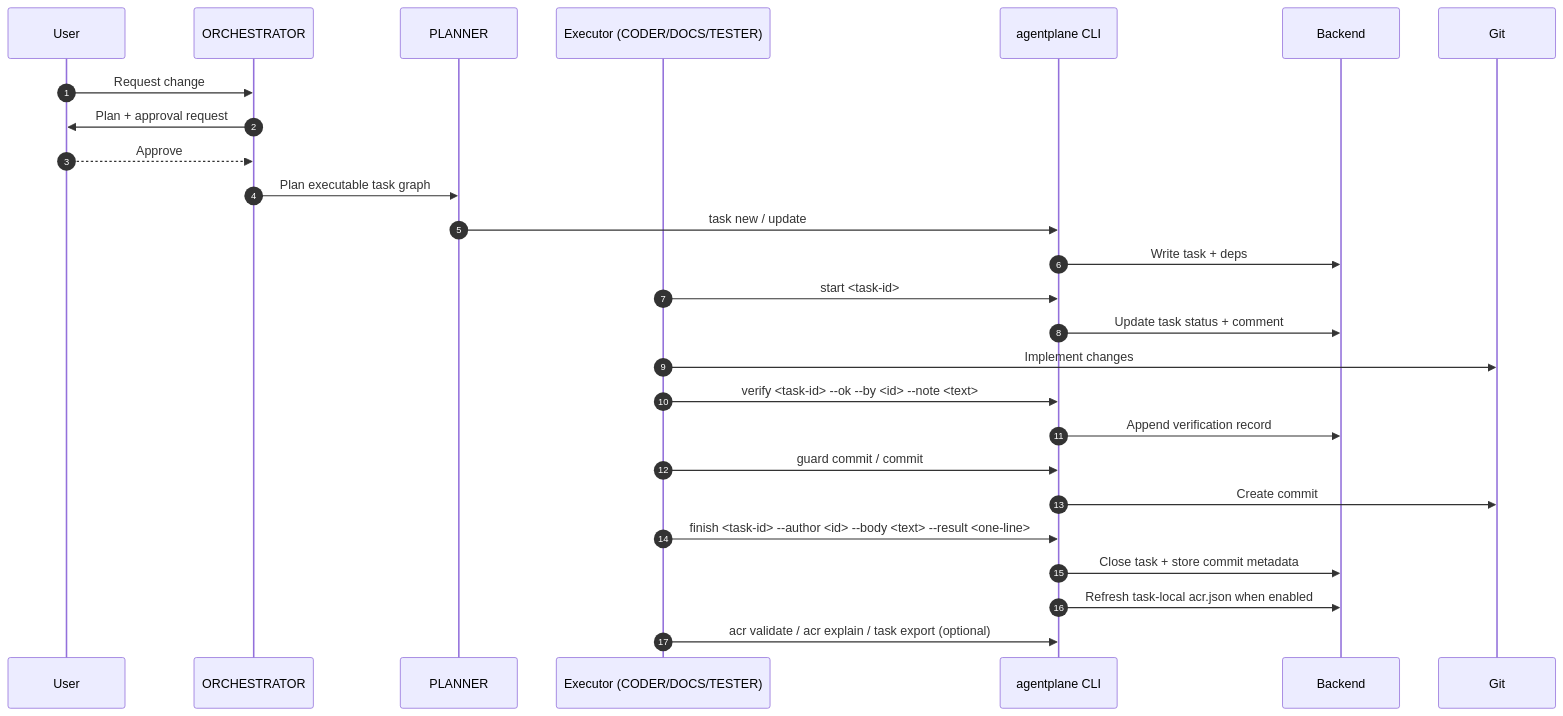
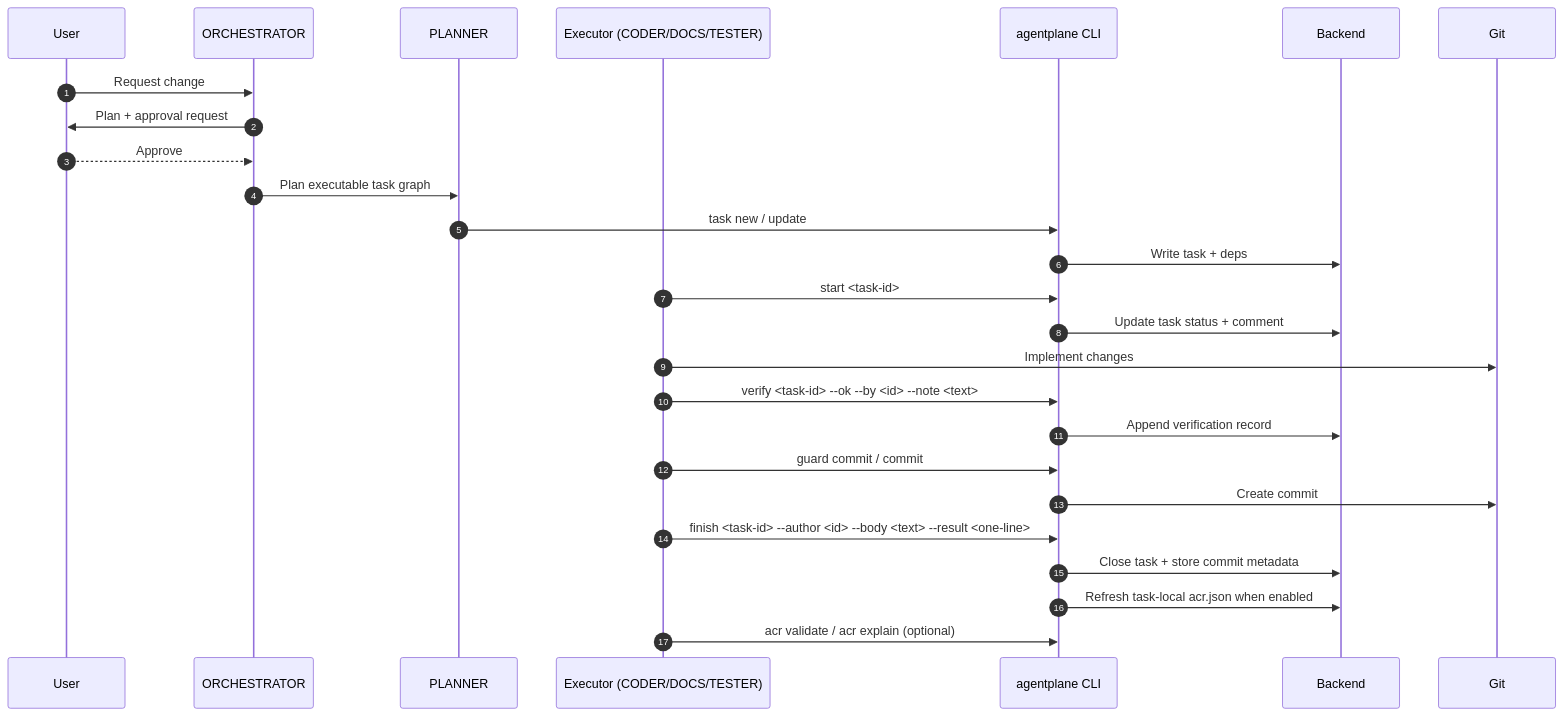
The second of 3 diagrams in docs/user/task-lifecycle.mdx (basilisk-labs/agentplane), drawn with Mermaid before and after one commit. The commit also changed other lines of this file and 35 other files, not shown here.

Commit message:
🚧 61129E task: align public CLI docs

````diff
--- a/docs/user/task-lifecycle.mdx
+++ b/docs/user/task-lifecycle.mdx
@@ -117,29 +118,29 @@
 ```mermaid
 sequenceDiagram
   autonumber
   participant U as User
   participant O as ORCHESTRATOR
   participant P as PLANNER
   participant E as Executor (CODER/DOCS/TESTER)
   participant CLI as agentplane CLI
   participant B as Backend
   participant G as Git
 
   U->>O: Request change
   O->>U: Plan + approval request
   U-->>O: Approve
   O->>P: Plan executable task graph
   P->>CLI: task new / update
   CLI->>B: Write task + deps
   E->>CLI: start <task-id>
   CLI->>B: Update task status + comment
   E->>G: Implement changes
   E->>CLI: verify <task-id> --ok --by <id> --note <text>
   CLI->>B: Append verification record
   E->>CLI: guard commit / commit
   CLI->>G: Create commit
   E->>CLI: finish <task-id> --author <id> --body <text> --result <one-line>
   CLI->>B: Close task + store commit metadata
   CLI->>B: Refresh task-local acr.json when enabled
-  E->>CLI: acr validate / acr explain / task export (optional)
+  E->>CLI: acr validate / acr explain (optional)
 ```
````
